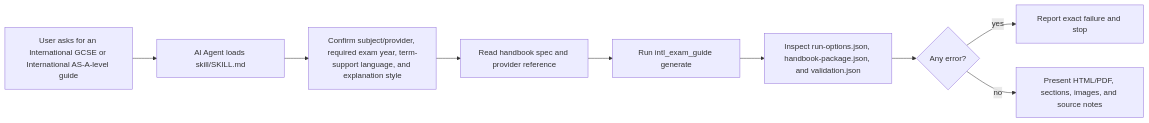
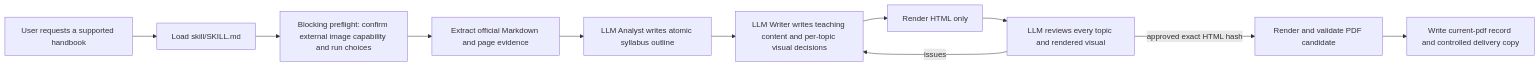
Before and after one commit to mianbaofang/exam-revision-handbook: the first of 2 diagrams in docs/SKILL_EXPLAINED.md, drawn with Mermaid. The commit also changed other lines of this file and 116 other files, not shown here.

````diff
--- a/docs/SKILL_EXPLAINED.md
+++ b/docs/SKILL_EXPLAINED.md
@@ -28,11 +24,13 @@
 ```mermaid
 flowchart LR
-  A["User asks for an International GCSE or International AS-A-level guide"] --> B["AI Agent loads skill/SKILL.md"]
-  B --> C["Confirm subject/provider, required exam year, term-support language, and explanation style"]
-  C --> D["Read handbook spec and provider reference"]
-  D --> E["Run intl_exam_guide generate"]
-  E --> F["Inspect run-options.json, handbook-package.json, and validation.json"]
-  F --> G{"Any error?"}
-  G -->|yes| H["Report exact failure and stop"]
-  G -->|no| I["Present HTML/PDF, sections, images, and source notes"]
+  A["User requests a supported handbook"] --> B["Load skill/SKILL.md"]
+  B --> C["Blocking preflight: confirm external image capability and run choices"]
+  C --> D["Extract official Markdown and page evidence"]
+  D --> E["LLM Analyst writes atomic syllabus outline"]
+  E --> F["LLM Writer writes teaching content and per-topic visual decisions"]
+  F --> G["Render HTML only"]
+  G --> H["LLM reviews every topic and rendered visual"]
+  H -->|"issues"| F
+  H -->|"approved exact HTML hash"| I["Render and validate PDF candidate"]
+  I --> J["Write current-pdf record and controlled delivery copy"]
 ```
````
